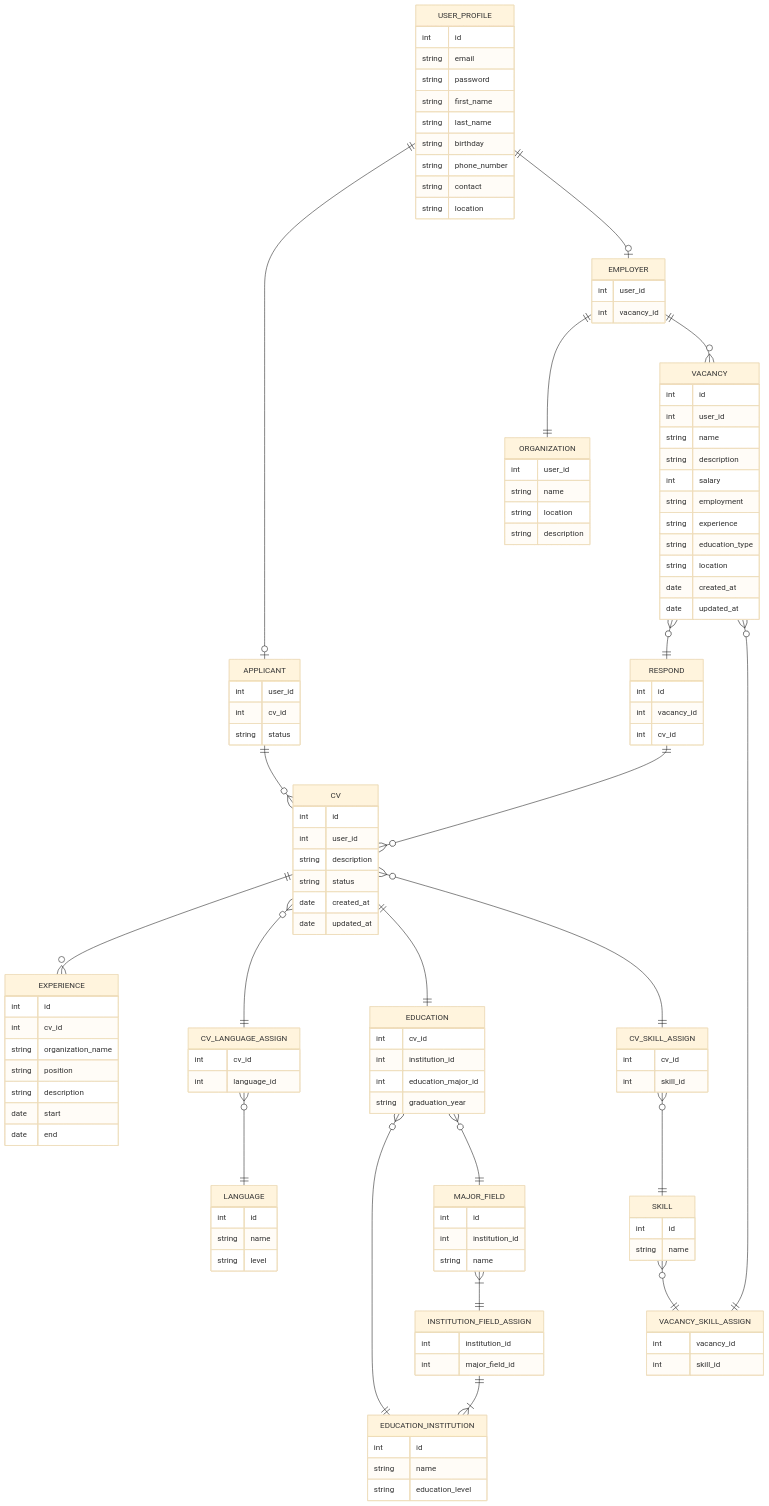
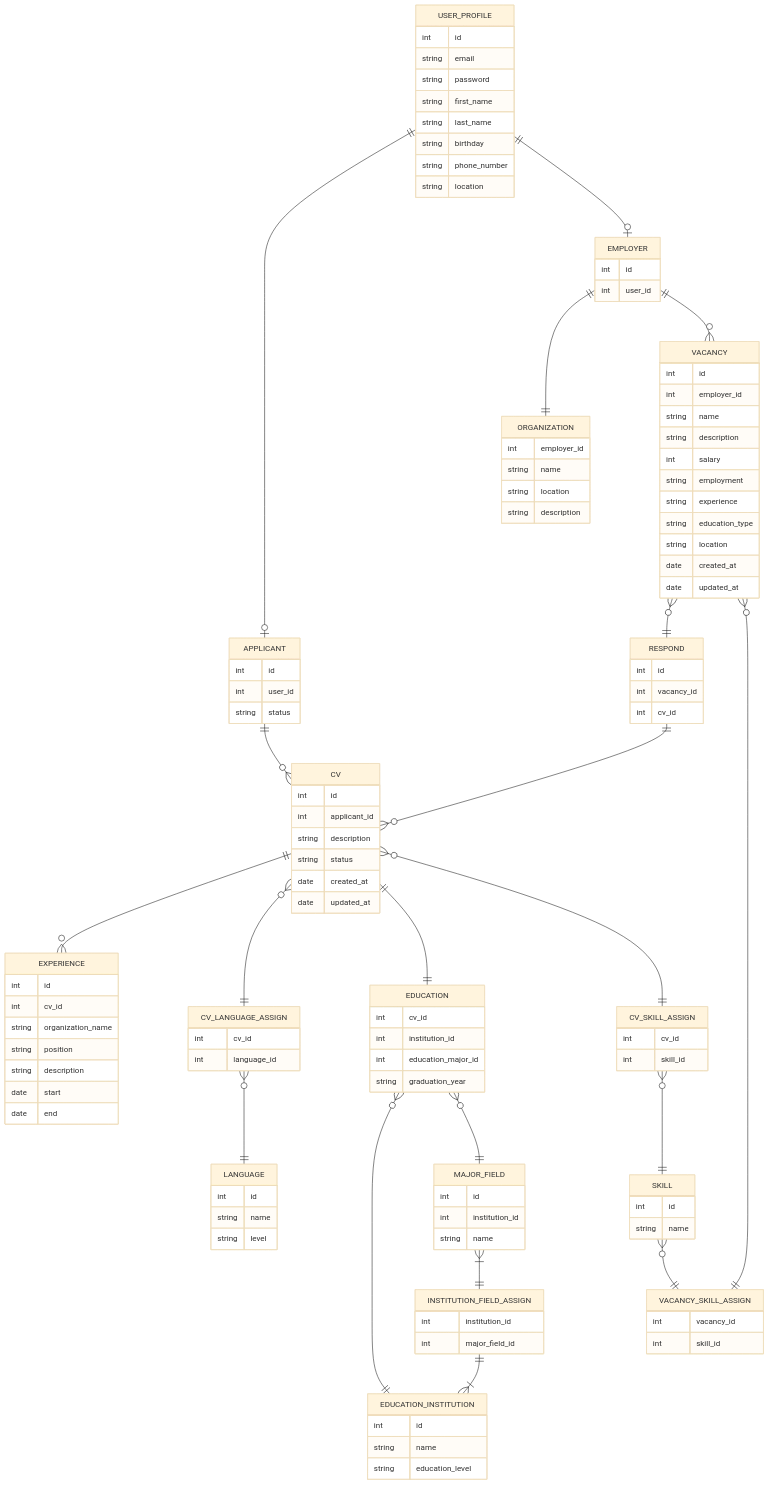
The diagram in db/normalized/relations.md (go-park-mail-ru/2023_2_VIVE), drawn with Mermaid (base theme) before and after one commit. The commit also changed other lines of this file, not shown here.

```diff
--- a/db/normalized/relations.md
+++ b/db/normalized/relations.md
@@ -14,24 +14,23 @@
         string last_name
         string birthday
         string phone_number
-        string contact
         string location
     }
 
     EMPLOYER {
+        int id
         int user_id
-        int vacancy_id
     }
 
     APPLICANT {
+        int id
         int user_id
-        int cv_id
         string status
     }
 
     CV{
         int id
-        int user_id
+        int applicant_id
         string description
         string status
         date created_at
@@ -100,7 +99,7 @@
 
     VACANCY{
         int id
-        int user_id
+        int employer_id
         string name
         string description
         int salary
@@ -119,7 +118,7 @@
     }
 
     ORGANIZATION{
-        int user_id
+        int employer_id
         string name
         string location
         string description
```
